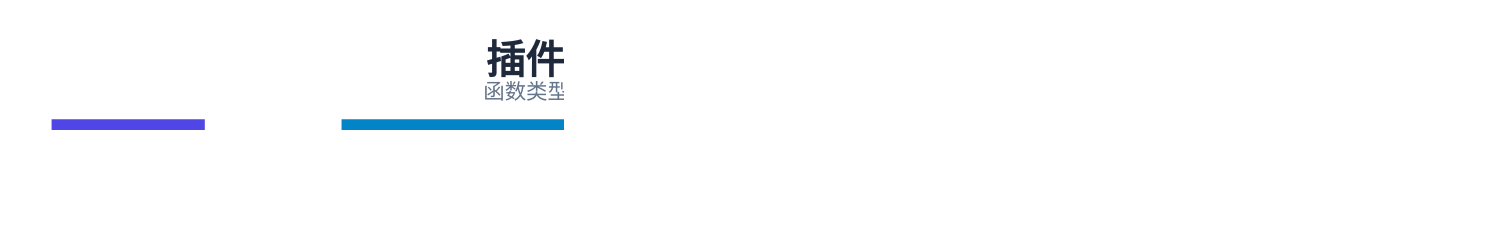
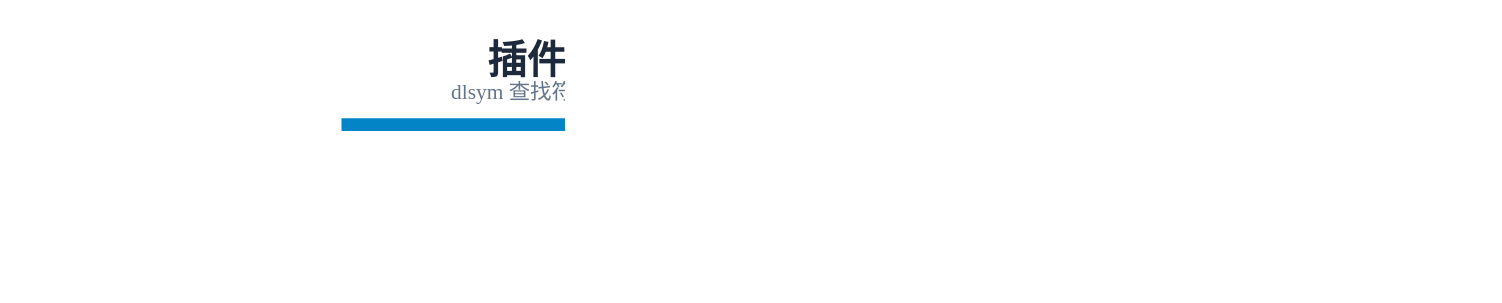
Before and after one commit to zingerWang/Jobs: the diagram in Linux系统API/十一.库、调度与资源限制/assets/plugin-lifetime.dot, drawn with Graphviz. The commit also changed 4 other files, not shown here.

```diff
--- a/Linux系统API/十一.库、调度与资源限制/assets/plugin-lifetime.dot
+++ b/Linux系统API/十一.库、调度与资源限制/assets/plugin-lifetime.dot
@@ -1,13 +1,13 @@
 digraph G {
-graph [rankdir=LR, bgcolor="white", dpi=200, pad=0.3, nodesep=0.22, ranksep=0.6, fontname="PingFang SC", labelloc=t, label=<<FONT POINT-SIZE="24" COLOR="#1E293B"><B>插件生命周期：拿到地址只是开始</B></FONT><BR/><FONT POINT-SIZE="13" COLOR="#64748B">函数类型必须匹配；错误用 dlerror；释放引用后不再使用旧接口</FONT>>];
+graph [rankdir=LR, bgcolor="white", dpi=200, pad=0.3, nodesep=0.22, ranksep=0.6, fontname="PingFang SC", labelloc=t, label=<<FONT POINT-SIZE="24" COLOR="#1E293B"><B>插件生命周期：拿到地址只是开始</B></FONT><BR/><FONT POINT-SIZE="13" COLOR="#64748B">dlsym 查找符号地址；dlerror 读取错误信息；调用前确认函数类型匹配</FONT>>];
 node [shape=plaintext, fontname="PingFang SC"];
 edge [fontname="PingFang SC", fontsize=11, arrowsize=0.7, arrowhead=normal, penwidth=1.3];
 a [label=<<TABLE BORDER="0" CELLBORDER="0" CELLSPACING="0" CELLPADDING="10"><TR><TD BGCOLOR="#4F46E5"><FONT COLOR="white" POINT-SIZE="15"><B>dlopen</B></FONT></TD></TR><TR><TD BGCOLOR="#EEF2FF" ALIGN="LEFT"><FONT COLOR="#1E293B" POINT-SIZE="12">加载库及依赖<BR ALIGN="LEFT"/>返回管理句柄</FONT></TD></TR></TABLE>>];
-b [label=<<TABLE BORDER="0" CELLBORDER="0" CELLSPACING="0" CELLPADDING="10"><TR><TD BGCOLOR="#0284C7"><FONT COLOR="white" POINT-SIZE="15"><B>dlsym</B></FONT></TD></TR><TR><TD BGCOLOR="#F0F9FF" ALIGN="LEFT"><FONT COLOR="#1E293B" POINT-SIZE="12">清旧错误 → 查符号 → 取新错误<BR ALIGN="LEFT"/>得到函数地址，不是类型检查</FONT></TD></TR></TABLE>>];
+b [label=<<TABLE BORDER="0" CELLBORDER="0" CELLSPACING="0" CELLPADDING="10"><TR><TD BGCOLOR="#0284C7"><FONT COLOR="white" POINT-SIZE="15"><B>查找符号并检查结果</B></FONT></TD></TR><TR><TD BGCOLOR="#F0F9FF" ALIGN="LEFT"><FONT COLOR="#1E293B" POINT-SIZE="12">① dlerror()：清除旧错误记录<BR ALIGN="LEFT"/>② dlsym()：按名字查找地址<BR ALIGN="LEFT"/>③ dlerror()：读取本次错误信息<BR ALIGN="LEFT"/>返回空指针：本次未报告错误<BR ALIGN="LEFT"/>清记录不等于修复失败的操作</FONT></TD></TR></TABLE>>];
 c [label=<<TABLE BORDER="0" CELLBORDER="0" CELLSPACING="0" CELLPADDING="10"><TR><TD BGCOLOR="#D97706"><FONT COLOR="white" POINT-SIZE="15"><B>调用与停止使用</B></FONT></TD></TR><TR><TD BGCOLOR="#FFFBEB" ALIGN="LEFT"><FONT COLOR="#1E293B" POINT-SIZE="12">按约定签名调用<BR ALIGN="LEFT"/>结束线程、回调及插件对象</FONT></TD></TR></TABLE>>];
 d [label=<<TABLE BORDER="0" CELLBORDER="0" CELLSPACING="0" CELLPADDING="10"><TR><TD BGCOLOR="#0D9488"><FONT COLOR="white" POINT-SIZE="15"><B>dlclose</B></FONT></TD></TR><TR><TD BGCOLOR="#F0FDFA" ALIGN="LEFT"><FONT COLOR="#1E293B" POINT-SIZE="12">释放加载引用<BR ALIGN="LEFT"/>不再调用旧函数指针</FONT></TD></TR></TABLE>>];
 a -> b [label="句柄", color="#0284C7", fontcolor="#0284C7"];
 b -> c [label="地址与 ABI", color="#0284C7", fontcolor="#0284C7"];
 c -> d [label="无人再使用", color="#0D9488", fontcolor="#0D9488"];
 
 }
```
